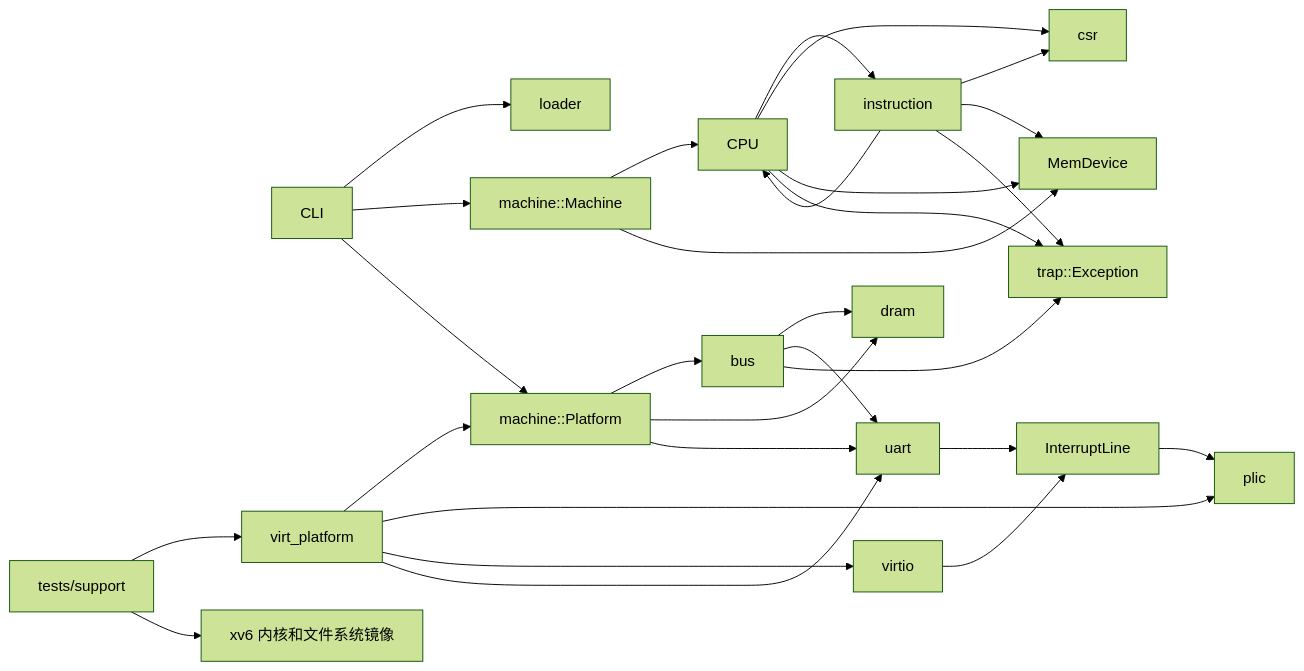
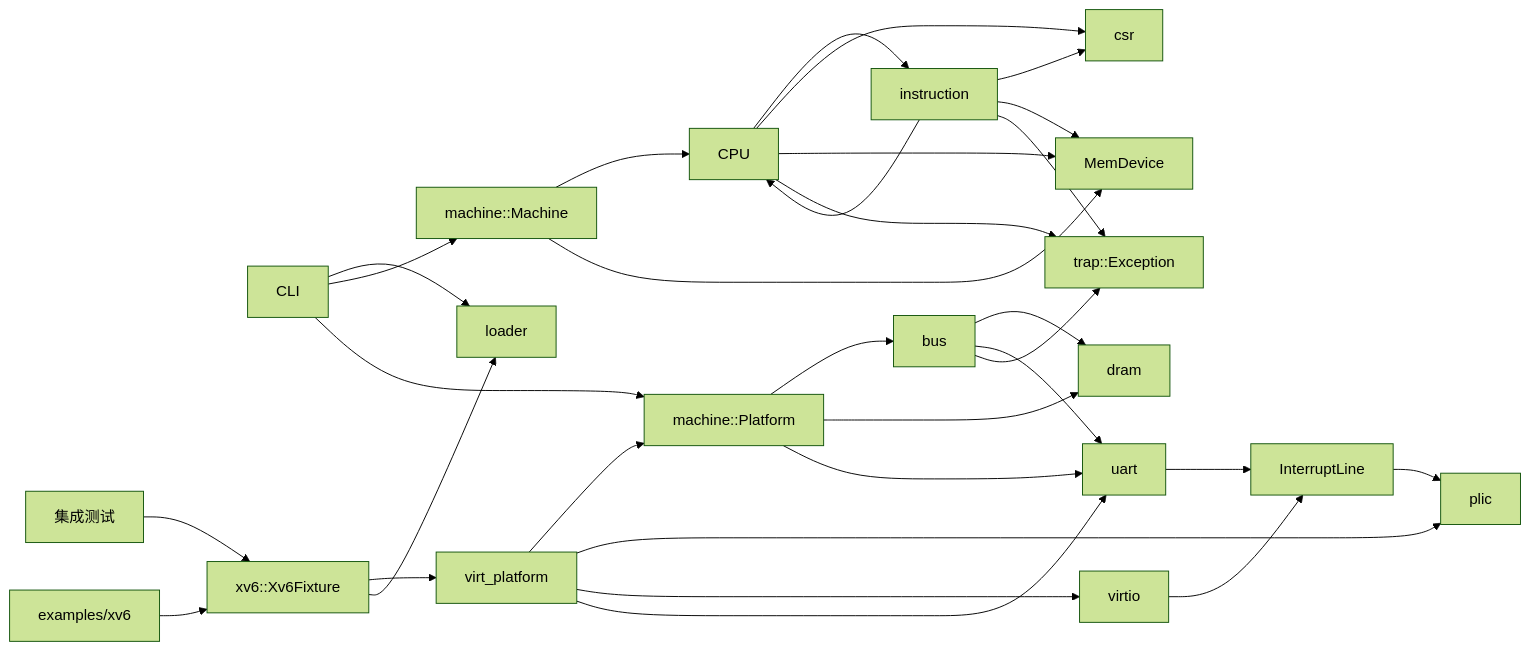
The diagram in docs/repository-status/README.md (AkiraLyu/arvsim), drawn with Mermaid (forest theme) before and after one commit. The commit also changed other lines of this file and 39 other files, not shown here.

````diff
--- a/docs/repository-status/README.md
+++ b/docs/repository-status/README.md
@@ -50,31 +53,33 @@
 ```mermaid
 flowchart LR
   CLI --> LOADER["loader"]
   CLI --> MACHINE["machine::Machine"]
   CLI --> PLATFORM["machine::Platform"]
   PLATFORM --> BUS["bus"]
   PLATFORM --> DRAM["dram"]
   PLATFORM --> UART["uart"]
   VIRTPLAT["virt_platform"] --> PLATFORM
   VIRTPLAT --> PLIC["plic"]
   VIRTPLAT --> VIRTIO["virtio"]
   VIRTPLAT --> UART
   UART --> LINE["InterruptLine"]
   VIRTIO --> LINE
   LINE --> PLIC
   MACHINE --> CPU
   MACHINE --> BUSIF
   CPU --> INST["instruction"]
   CPU --> CSR["csr"]
   CPU --> BUSIF["MemDevice"]
   INST --> CPU
   INST --> CSR
   INST --> BUSIF
   BUS --> DRAM
   BUS --> UART
   CPU --> TRAP["trap::Exception"]
   INST --> TRAP
   BUS --> TRAP
-  TEST["tests/support"] --> VIRTPLAT
-  TEST --> XV6["xv6 内核和文件系统镜像"]
+  TEST["集成测试"] --> XV6["xv6::Xv6Fixture"]
+  EXAMPLE["examples/xv6"] --> XV6
+  XV6 --> VIRTPLAT
+  XV6 --> LOADER
 ```
````
